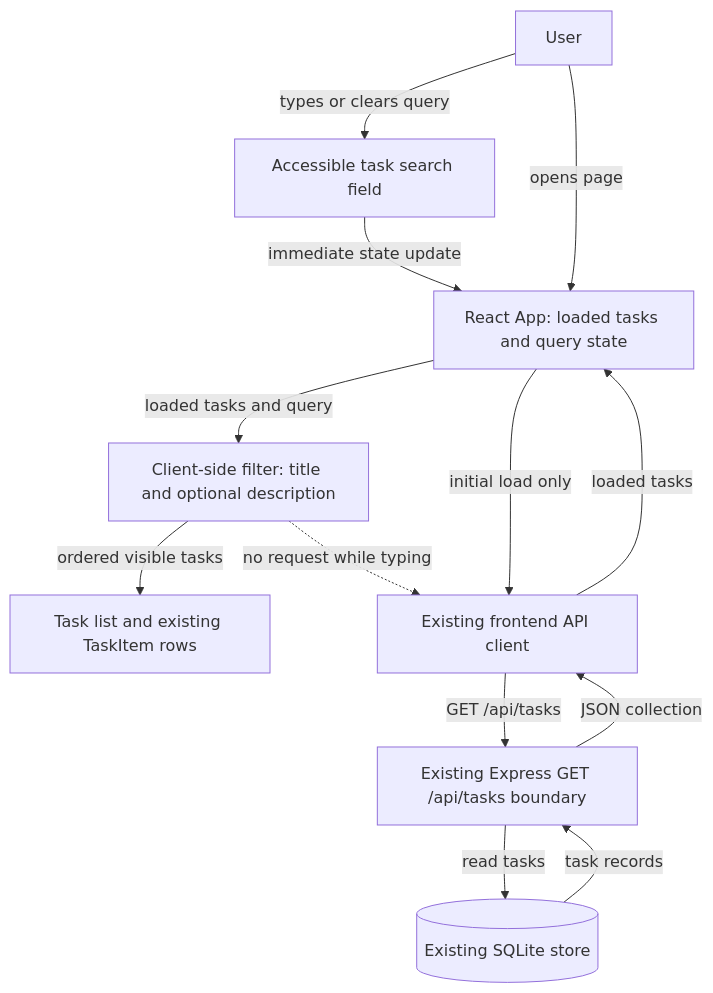
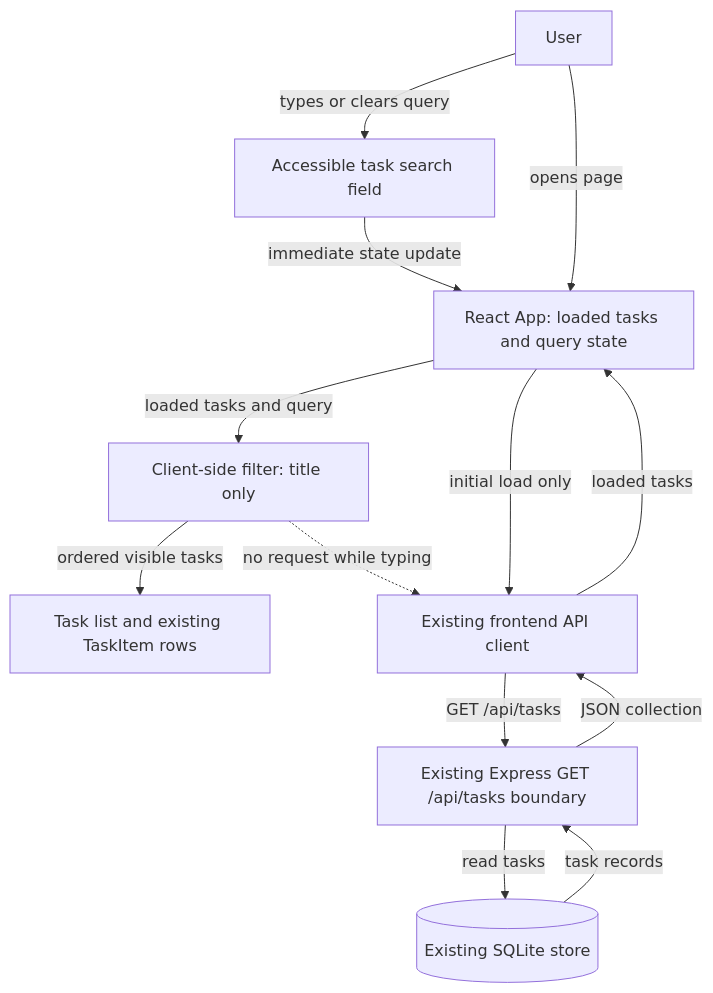
One commit to pranavoza87/GitHub_Copilot_Capstone_Project changed the diagram in src/docs/architecture.md. Above: the diagram before and after it, drawn with Mermaid. The commit also changed other lines of this file and 2 other files, not shown here.

Commit message:
docs: complete Step 3 design review and align architecture and requirements to title-only search

````diff
--- a/src/docs/architecture.md
+++ b/src/docs/architecture.md
@@ -85,24 +83,24 @@
 ```mermaid
 graph TD
     User[User]
     Search[Accessible task search field]
     App[React App: loaded tasks and query state]
-    Filter[Client-side filter: title and optional description]
+    Filter[Client-side filter: title only]
     List[Task list and existing TaskItem rows]
     ApiClient[Existing frontend API client]
     Api[Existing Express GET /api/tasks boundary]
     DB[(Existing SQLite store)]
 
     User -->|types or clears query| Search
     Search -->|immediate state update| App
     App -->|loaded tasks and query| Filter
     Filter -->|ordered visible tasks| List
     User -->|opens page| App
     App -->|initial load only| ApiClient
     ApiClient -->|GET /api/tasks| Api
     Api -->|read tasks| DB
     DB -->|task records| Api
     Api -->|JSON collection| ApiClient
     ApiClient -->|loaded tasks| App
     Filter -.->|no request while typing| ApiClient
 ```
````
